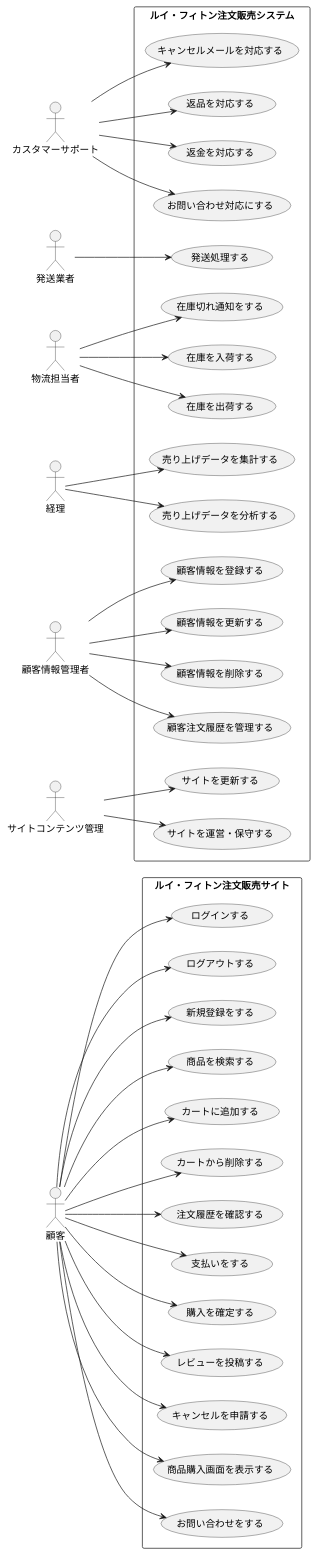
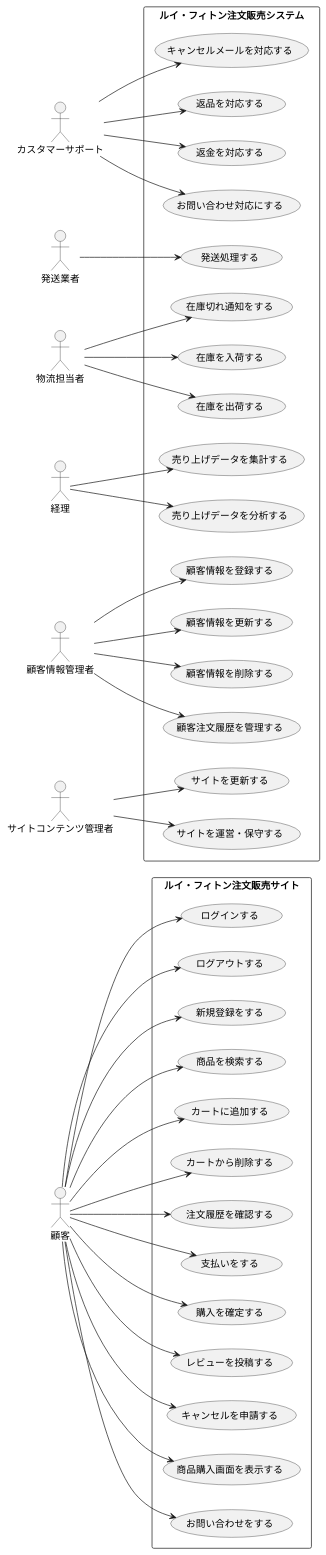
One commit to mameiku/group3-4 changed the diagram in ecommerce_usecase.pu. Above: the diagram before and after it, drawn with PlantUML.

Commit message:
変更

```diff
--- a/ecommerce_usecase.pu
+++ b/ecommerce_usecase.pu
@@ -1,98 +1,98 @@
 @startuml
 left to right direction
 
 actor 顧客
 actor カスタマーサポート
 actor 発送業者
 actor 物流担当者
 actor 経理
 actor 顧客情報管理者
-actor サイトコンテンツ管理
+actor サイトコンテンツ管理者
 
 rectangle "ルイ・フィトン注文販売システム" {
 
   ' --- 管理者 ---
   (発送処理する)
 
   (キャンセルメールを対応する)
   (返品を対応する)
   (返金を対応する)
   (お問い合わせ対応にする)
 
   (在庫を入荷する)
   (在庫を出荷する)
   (在庫切れ通知をする)
 
   (売り上げデータを集計する)
   (売り上げデータを分析する)
 
   '--- 顧客情報管理者 ---
   (顧客情報を登録する)
   (顧客情報を更新する)
   (顧客情報を削除する)
   (顧客注文履歴を管理する)
 
   (サイトを更新する)
   (サイトを運営・保守する)
 
 }
 
 
 rectangle "ルイ・フィトン注文販売サイト" {
     ' --- 顧客 ---
   (ログインする)
   (ログアウトする)
   (新規登録をする)
   (商品を検索する)
   (カートに追加する)
   (カートから削除する)
   (注文履歴を確認する)
   (支払いをする)
   (購入を確定する)
   (レビューを投稿する)
   (キャンセルを申請する)
   (商品購入画面を表示する)
   (お問い合わせをする)
 }
 
 
 ' 顧客の動き
 顧客 --> (ログインする)
 顧客 --> (ログアウトする)
 顧客 --> (商品を検索する)
 顧客 --> (カートに追加する)
 顧客 --> (カートから削除する)
 顧客 --> (注文履歴を確認する)
 顧客 --> (新規登録をする)
 顧客 --> (支払いをする)
 顧客 --> (購入を確定する)
 顧客 --> (レビューを投稿する)
 顧客 --> (キャンセルを申請する)
 顧客 --> (商品購入画面を表示する)
 顧客 --> (お問い合わせをする)
 
 ' 管理者などの動き
 物流担当者 --> (在庫を入荷する)
 物流担当者 --> (在庫を出荷する)
 物流担当者 --> (在庫切れ通知をする)
 
 経理 --> (売り上げデータを集計する)
 経理--> (売り上げデータを分析する)
 
 '発送業者とカスタマーサポートの追加
 発送業者 --> (発送処理する)
 
 カスタマーサポート --> (キャンセルメールを対応する)
 カスタマーサポート --> (返品を対応する)
 カスタマーサポート --> (返金を対応する)
 カスタマーサポート --> (お問い合わせ対応にする)
 
 顧客情報管理者 --> (顧客情報を登録する)
 顧客情報管理者 --> (顧客情報を更新する)
 顧客情報管理者 --> (顧客情報を削除する)
 顧客情報管理者 --> (顧客注文履歴を管理する)
 
-サイトコンテンツ管理 --> (サイトを更新する)
-サイトコンテンツ管理 --> (サイトを運営・保守する)
+サイトコンテンツ管理者 --> (サイトを更新する)
+サイトコンテンツ管理者 --> (サイトを運営・保守する)
 
 @enduml
```
